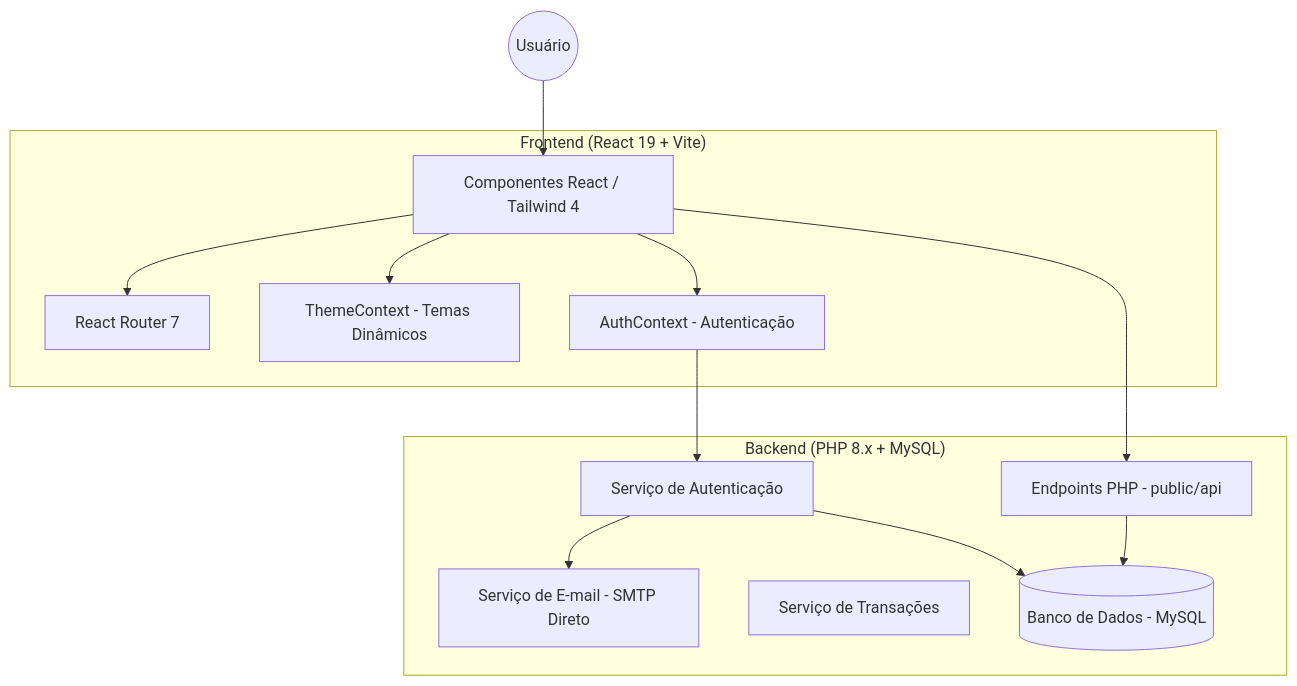
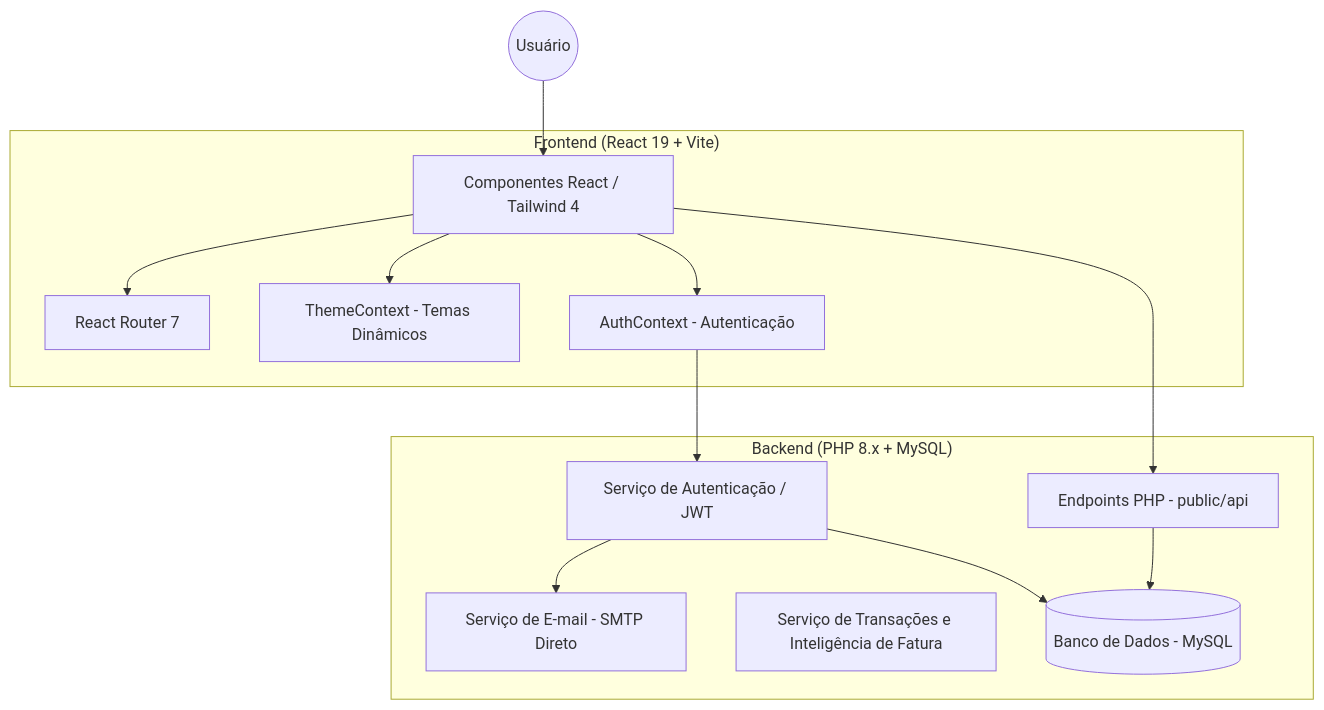
One commit to nsouzarj/my-app changed the diagram in README.md. Above: the diagram before and after it, drawn with Mermaid. The commit also changed other lines of this file and 15 other files, not shown here.

````diff
--- a/README.md
+++ b/README.md
@@ -13,29 +16,29 @@
 ```mermaid
 graph TD
     User((Usuário))
     
     subgraph "Frontend (React 19 + Vite)"
         UI[Componentes React / Tailwind 4]
         Router[React Router 7]
         ThemeCont[ThemeContext - Temas Dinâmicos]
         AuthCont[AuthContext - Autenticação]
     end
     
     subgraph "Backend (PHP 8.x + MySQL)"
         API[Endpoints PHP - public/api]
-        AuthServ[Serviço de Autenticação]
+        AuthServ[Serviço de Autenticação / JWT]
         Mailer[Serviço de E-mail - SMTP Direto]
-        TransServ[Serviço de Transações]
+        TransServ[Serviço de Transações e Inteligência de Fatura]
         DB[(Banco de Dados - MySQL)]
     end
     
     User --> UI
     UI --> Router
     UI --> ThemeCont
     UI --> AuthCont
     AuthCont --> AuthServ
     AuthServ --> Mailer
     UI --> API
     API --> DB
     AuthServ --> DB
 ```
````
